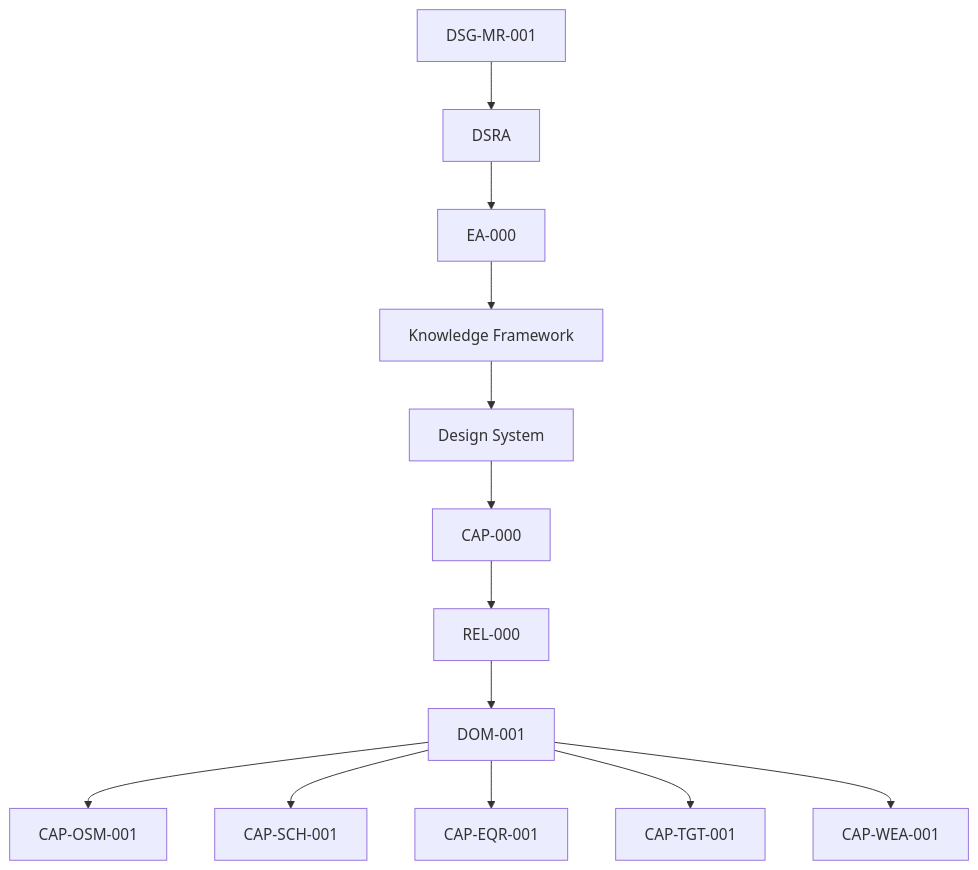
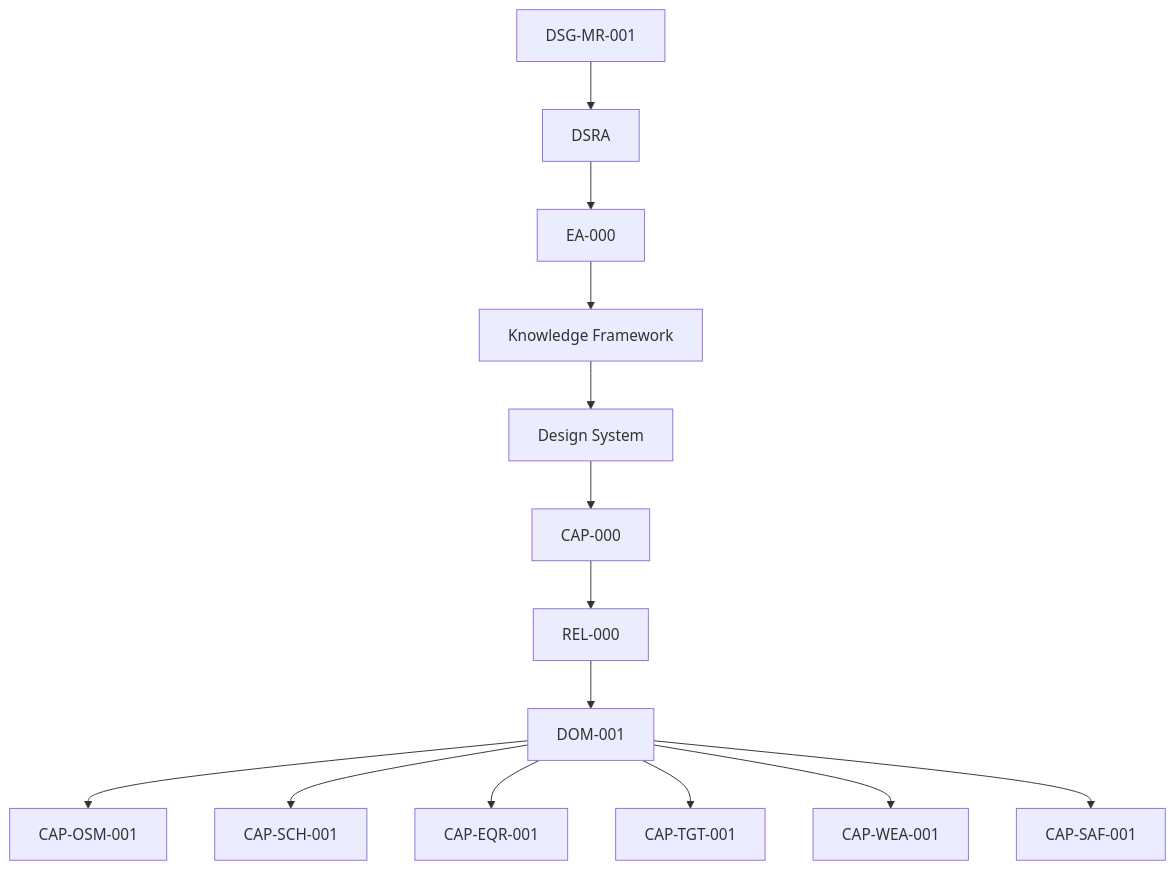
The diagram in docs/reviews/REV-001-core-observatory-readiness-review.md (maininimassimo-bit/digital-stargate-manual), drawn with Mermaid before and after one commit. The commit also changed other lines of this file, not shown here.

````diff
--- a/docs/reviews/REV-001-core-observatory-readiness-review.md
+++ b/docs/reviews/REV-001-core-observatory-readiness-review.md
@@ -125,22 +110,24 @@
 ```mermaid
 flowchart TD
     MR[DSG-MR-001]
     DSRA[DSRA]
     EA[EA-000]
     KF[Knowledge Framework]
     DS[Design System]
     CAP0[CAP-000]
     REL[REL-000]
     DOM[DOM-001]
     OSM[CAP-OSM-001]
     SCH[CAP-SCH-001]
     EQR[CAP-EQR-001]
     TGT[CAP-TGT-001]
     WEA[CAP-WEA-001]
+    SAF[CAP-SAF-001]
     MR --> DSRA --> EA --> KF --> DS --> CAP0 --> REL --> DOM
     DOM --> OSM
     DOM --> SCH
     DOM --> EQR
     DOM --> TGT
     DOM --> WEA
+    DOM --> SAF
 ```
````
